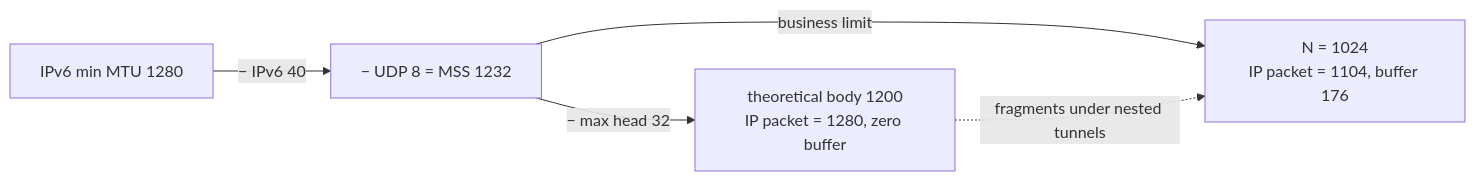
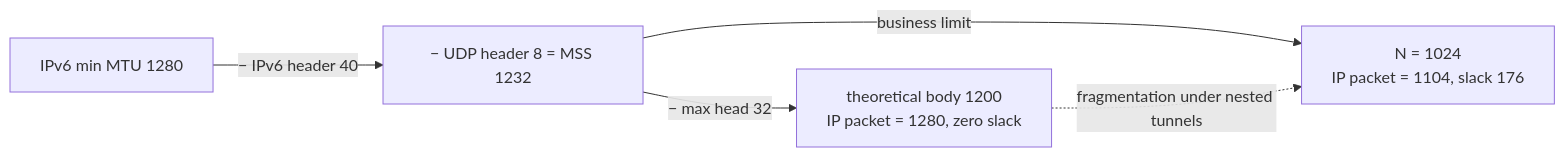
One commit to moky/magpie-bridge changed the second of 2 diagrams in docs/design-protocol.md. Above: the diagram before and after it, drawn with Mermaid. The commit also changed other lines of this file and 5 other files, not shown here.

Commit message:
docs: regenerate from ai/ tasks with mermaid diagrams

````diff
--- a/docs/design-protocol.md
+++ b/docs/design-protocol.md
@@ -95,7 +153,7 @@
 ```mermaid
 flowchart LR
-    M[IPv6 min MTU 1280] -->|− IPv6 40| U[− UDP 8 = MSS 1232]
-    U -->|− max head 32| C1[theoretical body 1200<br/>IP packet = 1280, zero buffer]
-    U -->|business limit| C2[N = 1024<br/>IP packet = 1104, buffer 176]
-    C1 -. fragments under nested tunnels .-> C2
+    M[IPv6 min MTU 1280] -->|"− IPv6 header 40"| U[− UDP header 8 = MSS 1232]
+    U -->|"− max head 32"| C1[theoretical body 1200<br/>IP packet = 1280, zero slack]
+    U -->|"business limit"| C2[N = 1024<br/>IP packet = 1104, slack 176]
+    C1 -. fragmentation under nested tunnels .-> C2
 ```
````
